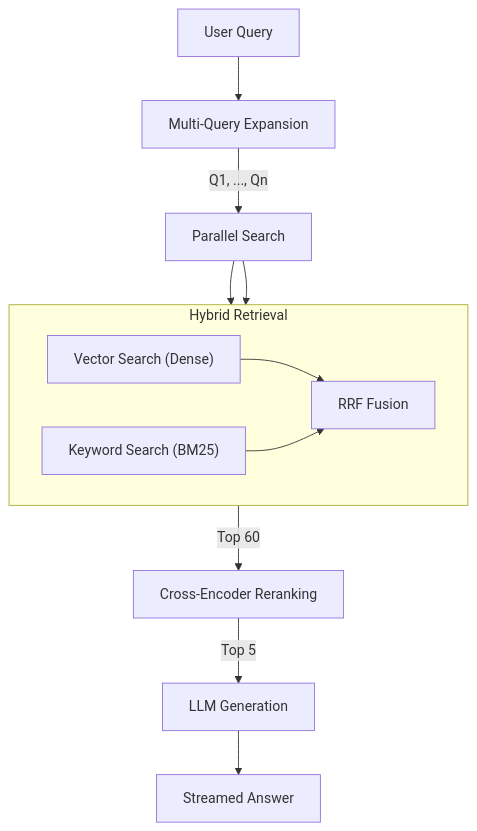
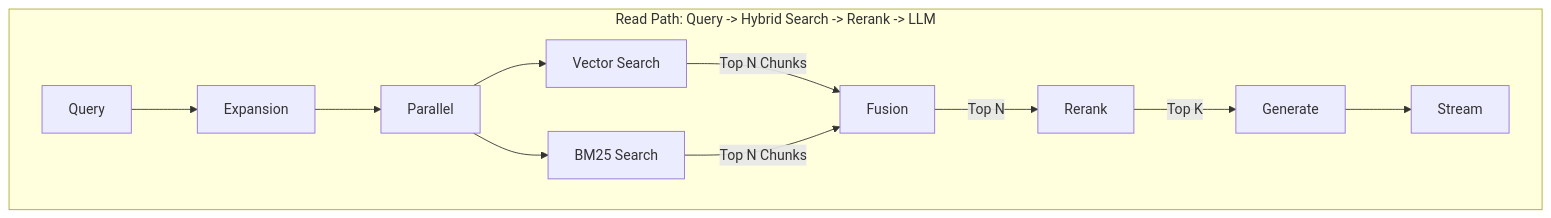
The fourth of 4 diagrams in README.md (Khadka-Bishal/DeepRecall), drawn with Mermaid before and after one commit. The commit also changed other lines of this file and 3 other files, not shown here.

Commit message:
docs: ultra-compact diagrams and fix render config crash

````diff
--- a/README.md
+++ b/README.md
@@ -87,15 +84,9 @@
 ```mermaid
 graph TD
-    Q[User Query] --> ME[Multi-Query Expansion] -->|Q1, ..., Qn| P[Parallel Search]
-    
-    subgraph "Hybrid Retrieval"
+    subgraph Retrieval ["Read Path: Query -> Hybrid Search -> Rerank -> LLM"]
         direction LR
-        V["Vector Search (Dense)"]
-        K["Keyword Search (BM25)"]
-        V & K --> RRF[RRF Fusion]
+        Q[Query] --> ME[Expansion] --> P[Parallel]
+        P --> V[Vector Search] & K[BM25 Search] -->|"Top N Chunks"| RRF[Fusion]
+        RRF -->|"Top N"| CE[Rerank] -->|"Top K"| LLM[Generate] --> A[Stream]
     end
-    
-    P --> V
-    P --> K
-    RRF -->|Top 60| CE[Cross-Encoder Reranking] -->|Top 5| LLM[LLM Generation] --> A[Streamed Answer]
 ```
````
